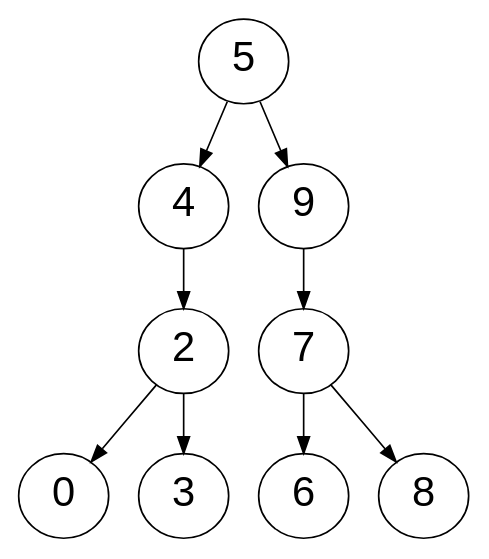
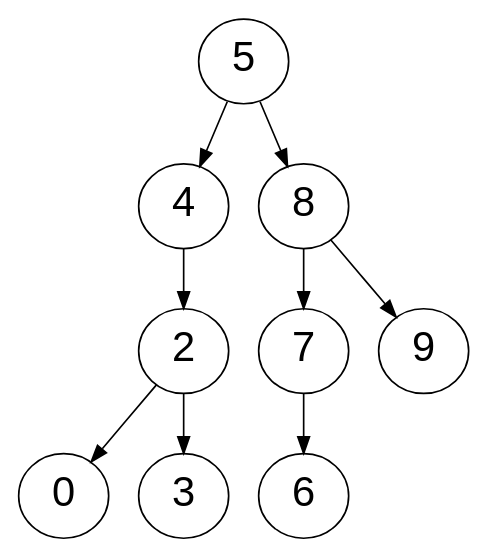
Before and after one commit to jimka2001/scala-rte: the diagram in doc/scala.io/2025/dots/flajolet-9-023456789.dot, drawn with Graphviz. The commit also changed 7 other files, not shown here.

```diff
--- a/doc/scala.io/2025/dots/flajolet-9-023456789.dot
+++ b/doc/scala.io/2025/dots/flajolet-9-023456789.dot
@@ -1,24 +1,25 @@
 digraph G {
   fontname=courier;
   rankdir=TB; graph[labeljust=l,nojustify=true]
   node [fontname=Arial, fontsize=25];
   edge [fontsize=20];
-N0 [label="0"]
 
 N2 [label="2"]
-N3 [label="3"]
 N4 [label="4"]
 N5 [label="5"]
-N6 [label="6"]
 N7 [label="7"]
 N8 [label="8"]
 N9 [label="9"]
-N7 -> N8
+N0 [label="0"]
+N3 [label="3"]
+N6 [label="6"]
+N5 -> N4
+N5 -> N8
+N8 -> N7
+N8 -> N9
+
+N4 -> N2
+N2 -> N0
+N2 -> N3
 N7 -> N6
-N9 -> N7
-N5 -> N9
-N2 -> N3
-N2 -> N0
-N4 -> N2
-N5 -> N4
 }
```
